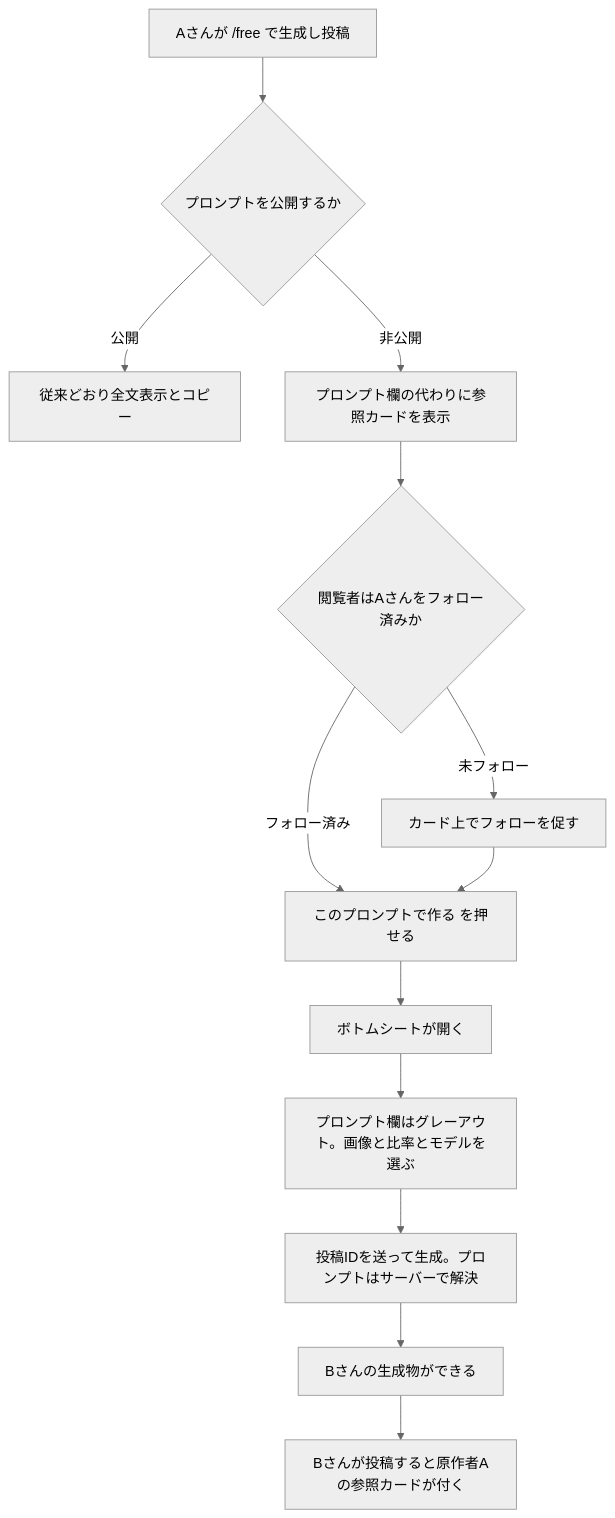
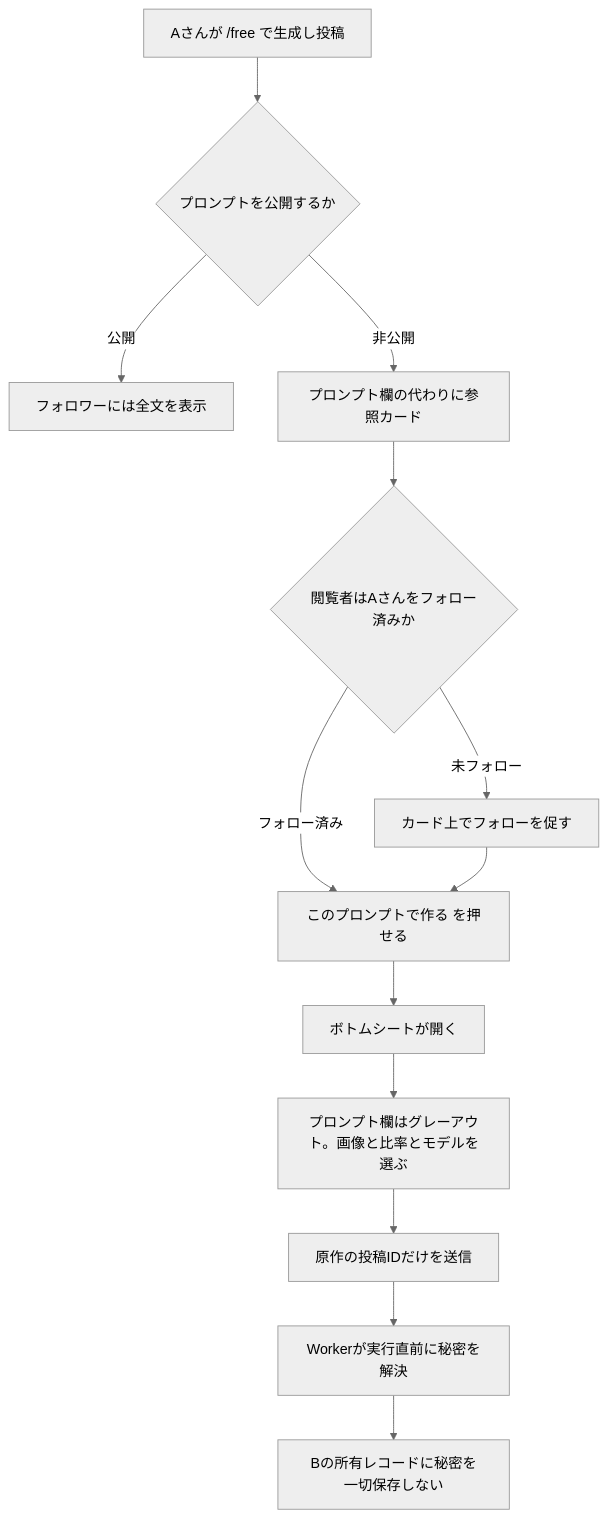
The second of 6 diagrams in docs/planning/free-prompt-private-mode-implementation-plan.md (3balljugglerYu/ai_coordinate), drawn with Mermaid (neutral theme) before and after one commit. The commit also changed other lines of this file, not shown here.

````diff
--- a/docs/planning/free-prompt-private-mode-implementation-plan.md
+++ b/docs/planning/free-prompt-private-mode-implementation-plan.md
@@ -118,15 +133,15 @@
 ```mermaid
 flowchart TD
     A["Aさんが /free で生成し投稿"] --> B{"プロンプトを公開するか"}
-    B -->|公開| C["従来どおり全文表示とコピー"]
-    B -->|非公開| D["プロンプト欄の代わりに参照カードを表示"]
+    B -->|公開| C["フォロワーには全文を表示"]
+    B -->|非公開| D["プロンプト欄の代わりに参照カード"]
     D --> E{"閲覧者はAさんをフォロー済みか"}
     E -->|未フォロー| F["カード上でフォローを促す"]
     E -->|フォロー済み| G["このプロンプトで作る を押せる"]
     F --> G
     G --> H["ボトムシートが開く"]
     H --> I["プロンプト欄はグレーアウト。画像と比率とモデルを選ぶ"]
-    I --> J["投稿IDを送って生成。プロンプトはサーバーで解決"]
-    J --> K["Bさんの生成物ができる"]
-    K --> L["Bさんが投稿すると原作者Aの参照カードが付く"]
+    I --> J["原作の投稿IDだけを送信"]
+    J --> K["Workerが実行直前に秘密を解決"]
+    K --> L["Bの所有レコードに秘密を一切保存しない"]
 ```
````
